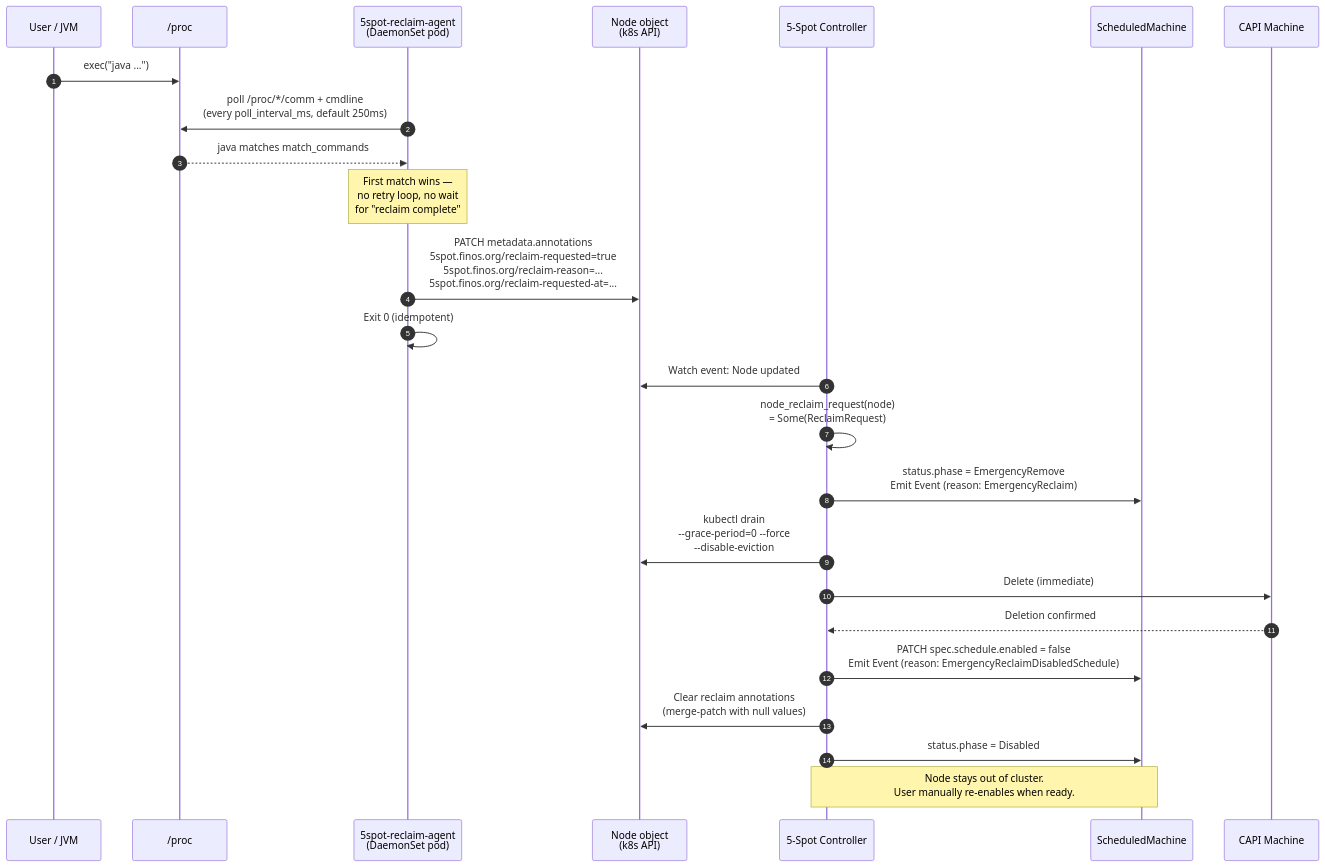
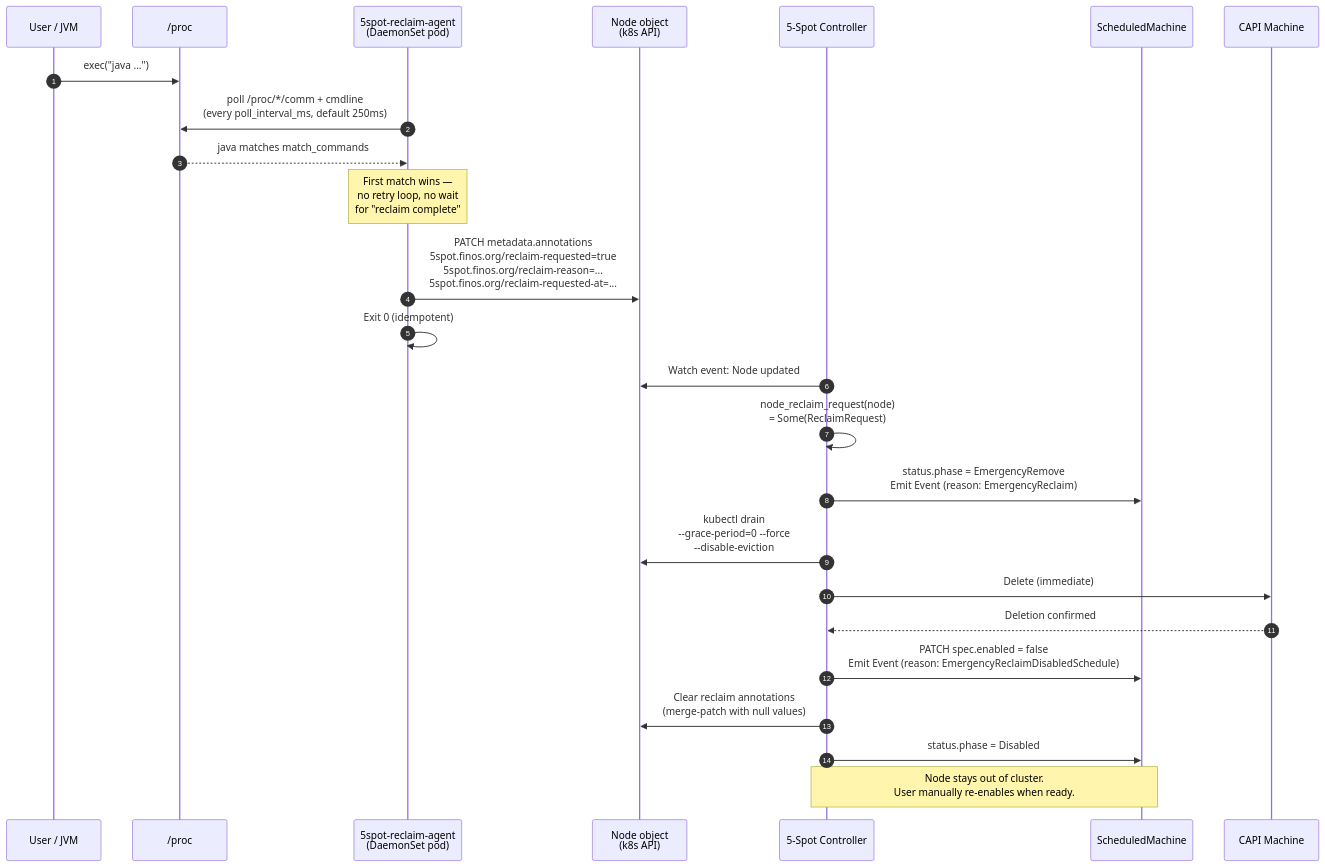
Before and after one commit to finos/5-spot: the third of 5 diagrams in docs/src/concepts/emergency-reclaim.md, drawn with Mermaid. The commit also changed other lines of this file and 72 other files, not shown here.

````diff
--- a/docs/src/concepts/emergency-reclaim.md
+++ b/docs/src/concepts/emergency-reclaim.md
@@ -120,33 +120,33 @@
 ```mermaid
 sequenceDiagram
     autonumber
     participant User as User / JVM
     participant Proc as /proc
     participant Agent as 5spot-reclaim-agent<br/>(DaemonSet pod)
     participant NodeObj as Node object<br/>(k8s API)
     participant Ctrl as 5-Spot Controller
     participant SM as ScheduledMachine
     participant Machine as CAPI Machine
 
     User->>Proc: exec("java ...")
     Agent->>Proc: poll /proc/*/comm + cmdline<br/>(every poll_interval_ms, default 250ms)
     Proc-->>Agent: java matches match_commands
 
     Note over Agent: First match wins —<br/>no retry loop, no wait<br/>for "reclaim complete"
     Agent->>NodeObj: PATCH metadata.annotations<br/>5spot.finos.org/reclaim-requested=true<br/>5spot.finos.org/reclaim-reason=...<br/>5spot.finos.org/reclaim-requested-at=...
     Agent->>Agent: Exit 0 (idempotent)
 
     Ctrl->>NodeObj: Watch event: Node updated
     Ctrl->>Ctrl: node_reclaim_request(node)<br/>= Some(ReclaimRequest)
     Ctrl->>SM: status.phase = EmergencyRemove<br/>Emit Event (reason: EmergencyReclaim)
 
     Ctrl->>NodeObj: kubectl drain<br/>--grace-period=0 --force<br/>--disable-eviction
     Ctrl->>Machine: Delete (immediate)
     Machine-->>Ctrl: Deletion confirmed
 
-    Ctrl->>SM: PATCH spec.schedule.enabled = false<br/>Emit Event (reason: EmergencyReclaimDisabledSchedule)
+    Ctrl->>SM: PATCH spec.enabled = false<br/>Emit Event (reason: EmergencyReclaimDisabledSchedule)
     Ctrl->>NodeObj: Clear reclaim annotations<br/>(merge-patch with null values)
 
     Ctrl->>SM: status.phase = Disabled
     Note over Ctrl,SM: Node stays out of cluster.<br/>User manually re-enables when ready.
 ```
````
